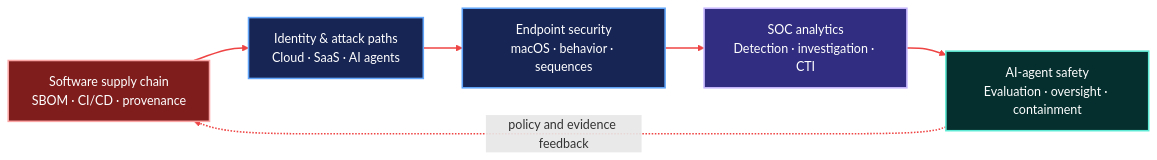
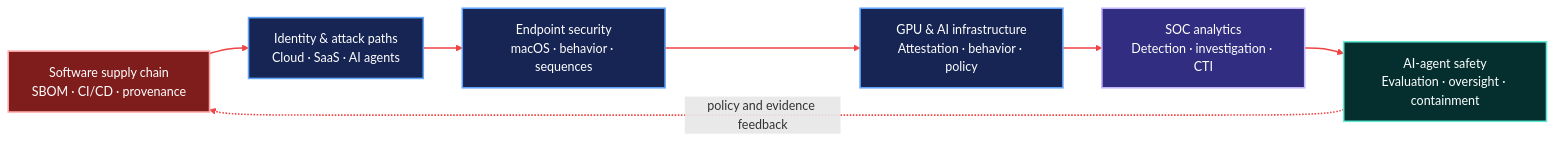
The diagram in README.md (VinayK88/VinayK88), drawn with Mermaid before and after one commit. The commit also changed other lines of this file, not shown here.

Commit message:
Add GPU Trust Guardian to cybersecurity profile

````diff
--- a/README.md
+++ b/README.md
@@ -27,18 +28,19 @@
 ```mermaid
 flowchart LR
     SC["Software supply chain<br/>SBOM · CI/CD · provenance"] --> ID["Identity & attack paths<br/>Cloud · SaaS · AI agents"]
     ID --> EP["Endpoint security<br/>macOS · behavior · sequences"]
-    EP --> SOC["SOC analytics<br/>Detection · investigation · CTI"]
+    EP --> GPU["GPU & AI infrastructure<br/>Attestation · behavior · policy"]
+    GPU --> SOC["SOC analytics<br/>Detection · investigation · CTI"]
     SOC --> AS["AI-agent safety<br/>Evaluation · oversight · containment"]
     AS -. "policy and evidence feedback" .-> SC
 
     classDef trust fill:#7f1d1d,stroke:#fca5a5,color:#fff,stroke-width:2px
     classDef detect fill:#172554,stroke:#60a5fa,color:#fff,stroke-width:2px
     classDef respond fill:#312e81,stroke:#c4b5fd,color:#fff,stroke-width:2px
     classDef safety fill:#042f2e,stroke:#5eead4,color:#fff,stroke-width:2px
     class SC trust
-    class ID,EP detect
+    class ID,EP,GPU detect
     class SOC respond
     class AS safety
     linkStyle default stroke:#ef4444,stroke-width:2px
 ```
````
